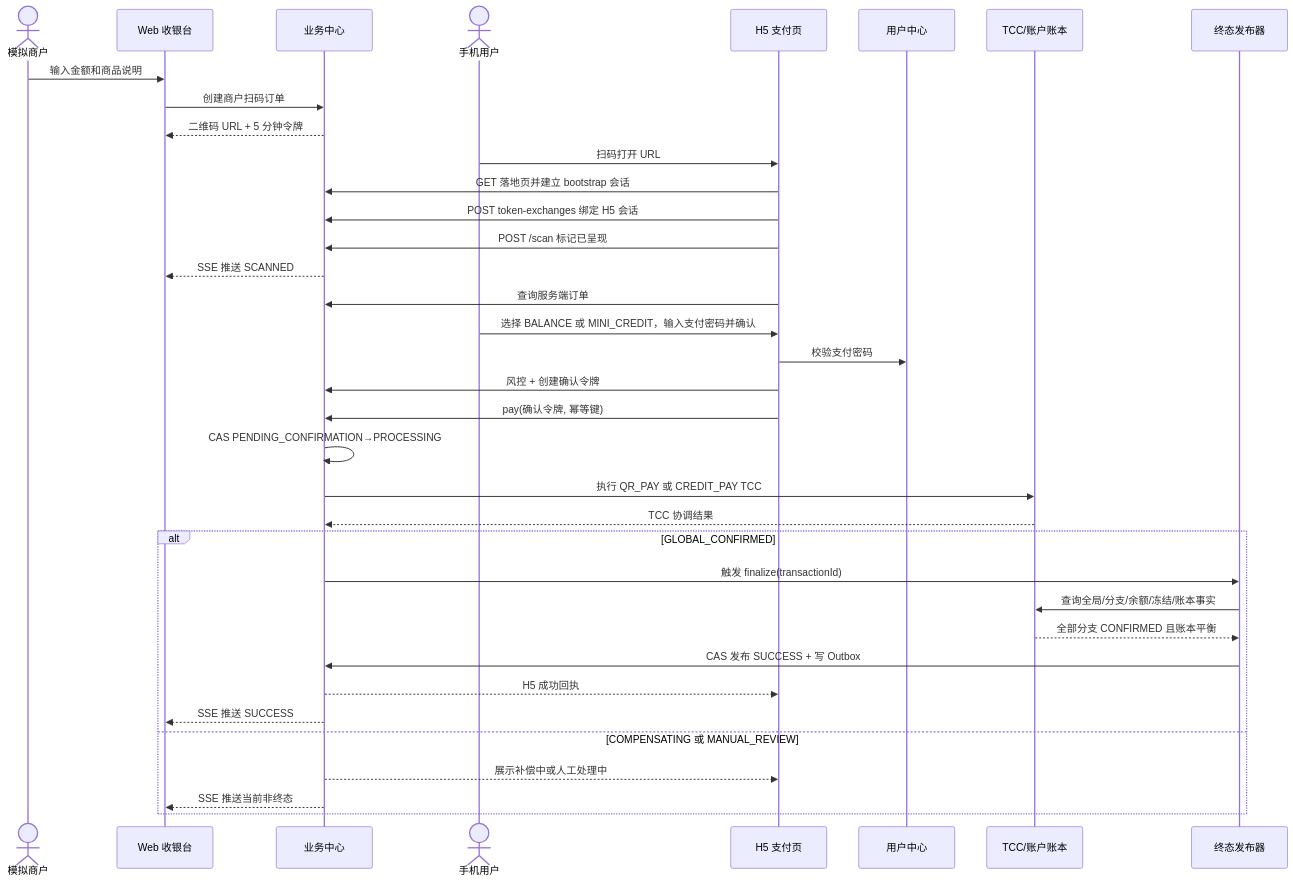
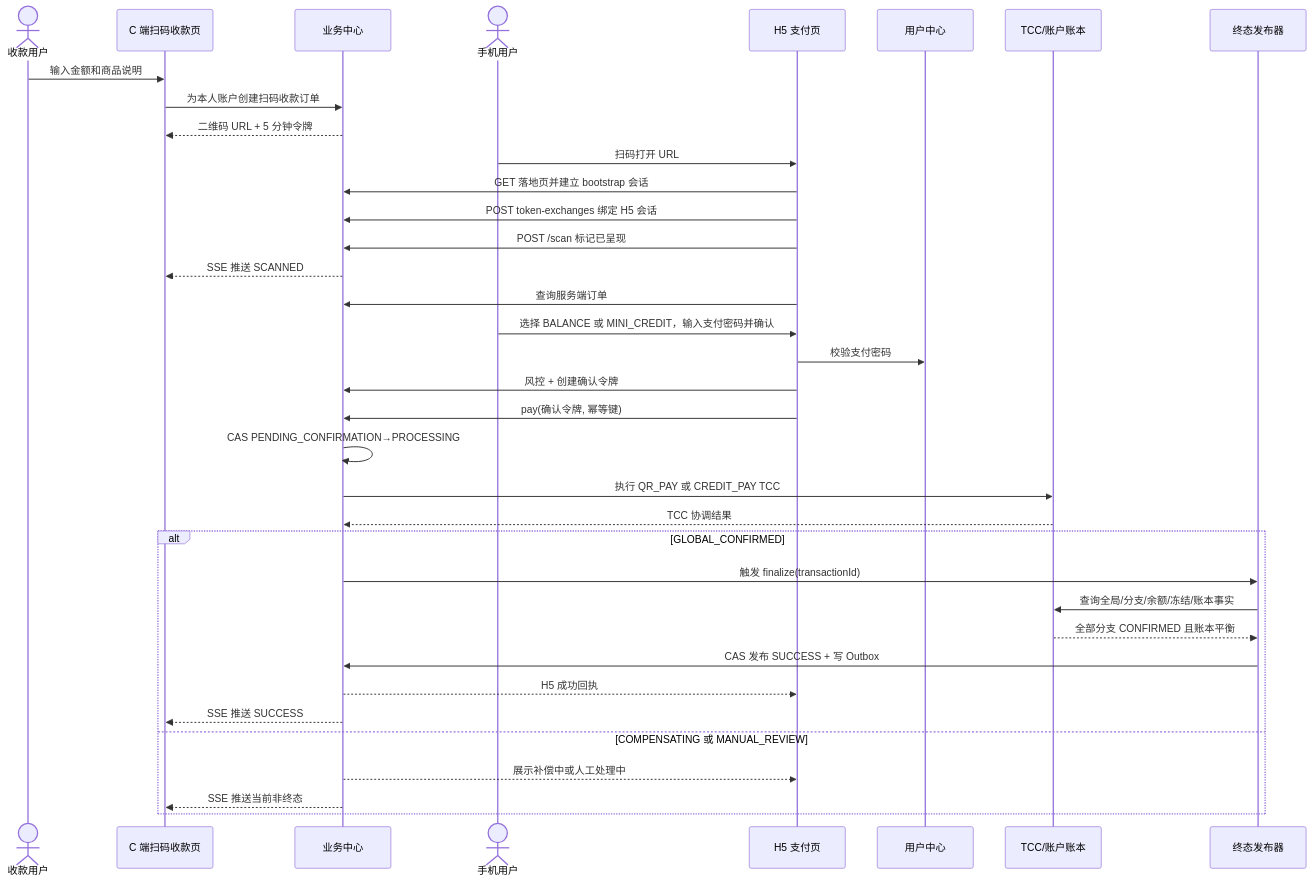
Diagram 13 of 32 in docs/minialalipay/minialalipay-system-analysis.md (JN6565/MiniAlalipay), drawn with Mermaid before and after one commit. The commit also changed other lines of this file and 5 other files, not shown here.

````diff
--- a/docs/minialalipay/minialalipay-system-analysis.md
+++ b/docs/minialalipay/minialalipay-system-analysis.md
@@ -1190,39 +1192,39 @@
 ```mermaid
 sequenceDiagram
-    actor M as 模拟商户
-    participant C as Web 收银台
+    actor R as 收款用户
+    participant C as C 端扫码收款页
     participant B as 业务中心
     actor U as 手机用户
     participant H as H5 支付页
     participant UC as 用户中心
     participant T as TCC/账户账本
     participant F as 终态发布器
 
-    M->>C: 输入金额和商品说明
-    C->>B: 创建商户扫码订单
+    R->>C: 输入金额和商品说明
+    C->>B: 为本人账户创建扫码收款订单
     B-->>C: 二维码 URL + 5 分钟令牌
     U->>H: 扫码打开 URL
     H->>B: GET 落地页并建立 bootstrap 会话
     H->>B: POST token-exchanges 绑定 H5 会话
     H->>B: POST /scan 标记已呈现
     B-->>C: SSE 推送 SCANNED
     H->>B: 查询服务端订单
     U->>H: 选择 BALANCE 或 MINI_CREDIT，输入支付密码并确认
     H->>UC: 校验支付密码
     H->>B: 风控 + 创建确认令牌
     H->>B: pay(确认令牌, 幂等键)
     B->>B: CAS PENDING_CONFIRMATION→PROCESSING
     B->>T: 执行 QR_PAY 或 CREDIT_PAY TCC
     T-->>B: TCC 协调结果
     alt GLOBAL_CONFIRMED
         B->>F: 触发 finalize(transactionId)
         F->>T: 查询全局/分支/余额/冻结/账本事实
         T-->>F: 全部分支 CONFIRMED 且账本平衡
         F->>B: CAS 发布 SUCCESS + 写 Outbox
         B-->>H: H5 成功回执
         B-->>C: SSE 推送 SUCCESS
     else COMPENSATING 或 MANUAL_REVIEW
         B-->>H: 展示补偿中或人工处理中
         B-->>C: SSE 推送当前非终态
     end
 ```
````
